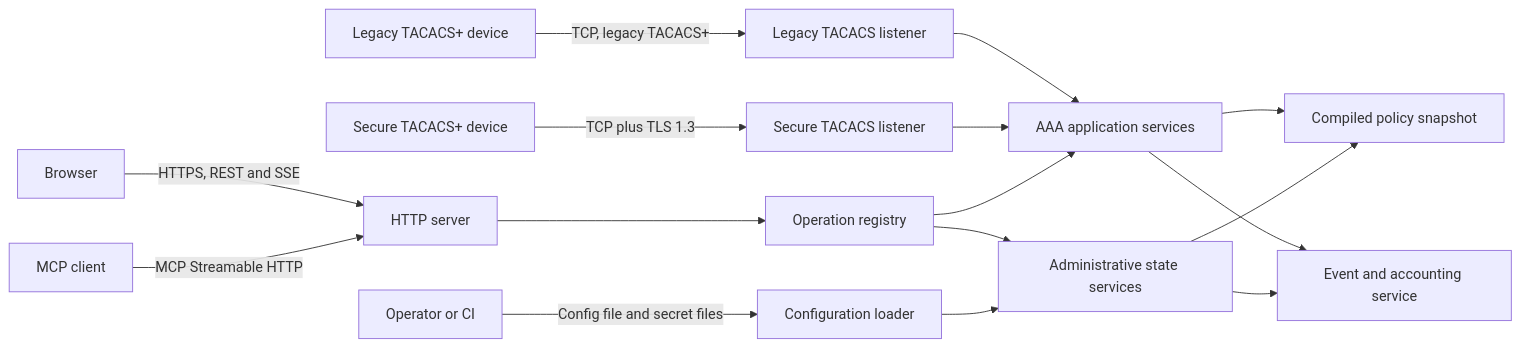
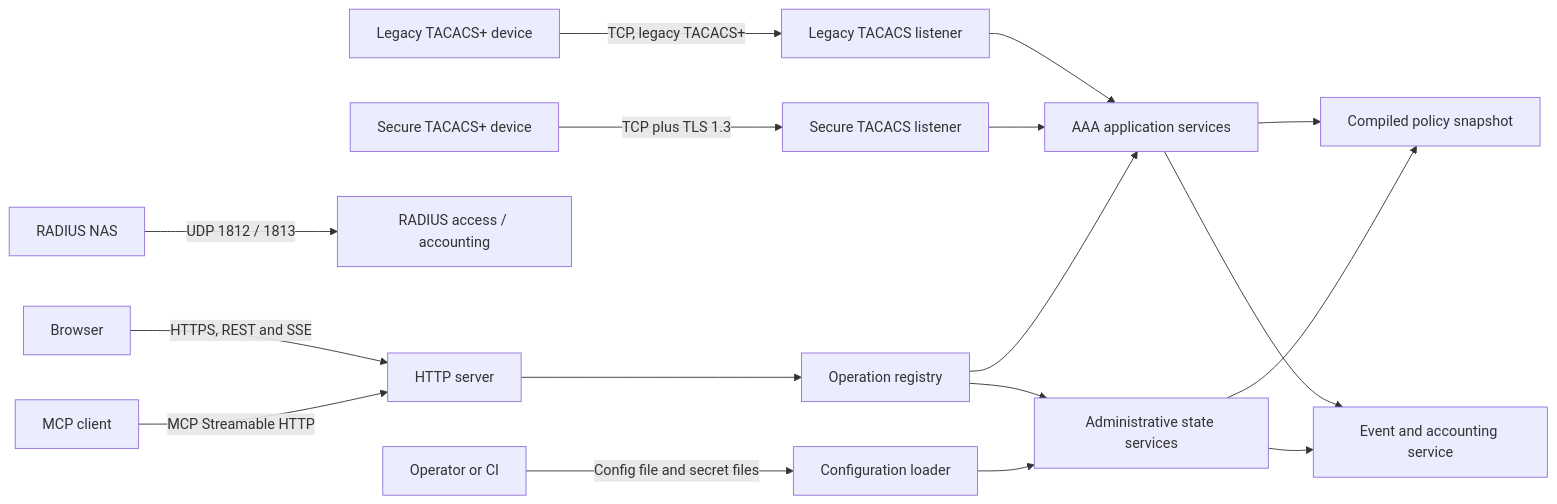
The first of 4 diagrams in docs/ARCHITECTURE.md (hilather/go-lab-tacacs-mcp), drawn with Mermaid before and after one commit. The commit also changed 27 other files, not shown here.

First line of the commit message:
feat(lab): RADIUS UDP ports, secrets, and combined smoke

````diff
--- a/docs/ARCHITECTURE.md
+++ b/docs/ARCHITECTURE.md
@@ -16,20 +16,21 @@
 ```mermaid
 flowchart LR
     D1[Legacy TACACS+ device] -->|TCP, legacy TACACS+| L1[Legacy TACACS listener]
     D2[Secure TACACS+ device] -->|TCP plus TLS 1.3| L2[Secure TACACS listener]
+    D3[RADIUS NAS] -->|UDP 1812 / 1813| L3[RADIUS access / accounting]
     B[Browser] -->|HTTPS, REST and SSE| H[HTTP server]
     M[MCP client] -->|MCP Streamable HTTP| H
     O[Operator or CI] -->|Config file and secret files| C[Configuration loader]
 
     L1 --> A[AAA application services]
     L2 --> A
     H --> R[Operation registry]
     R --> A
     R --> S[Administrative state services]
     C --> S
 
     A --> P[Compiled policy snapshot]
     S --> P
     A --> E[Event and accounting service]
     S --> E
 ```
````
